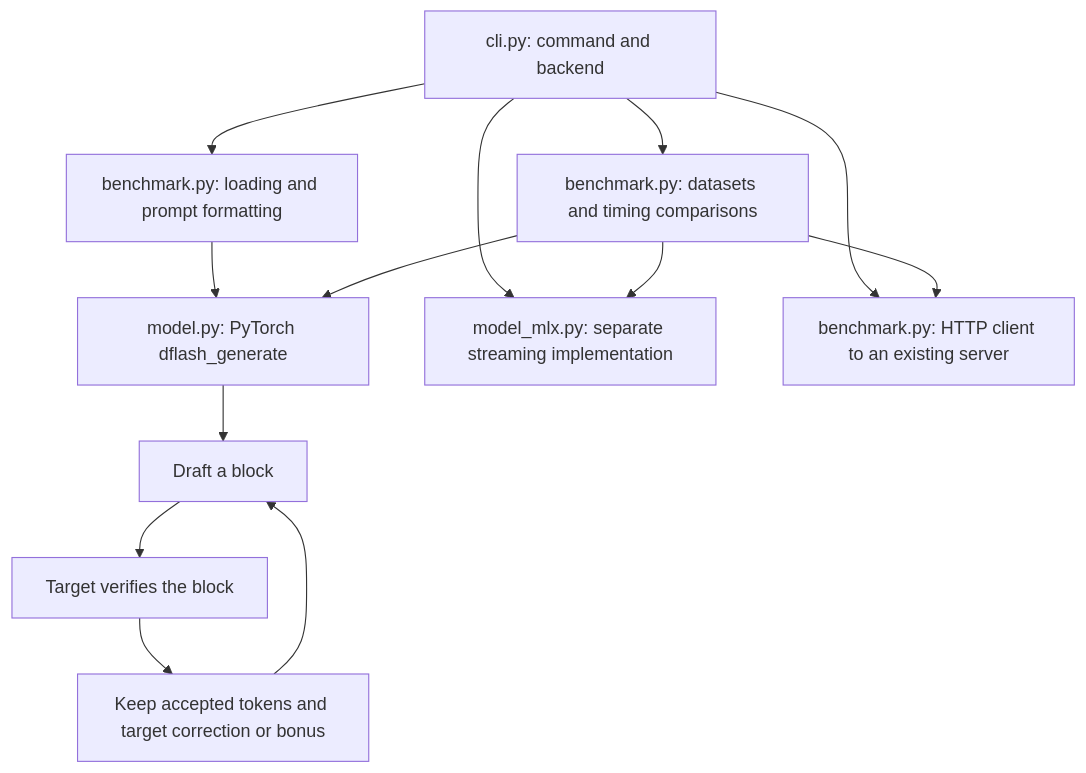
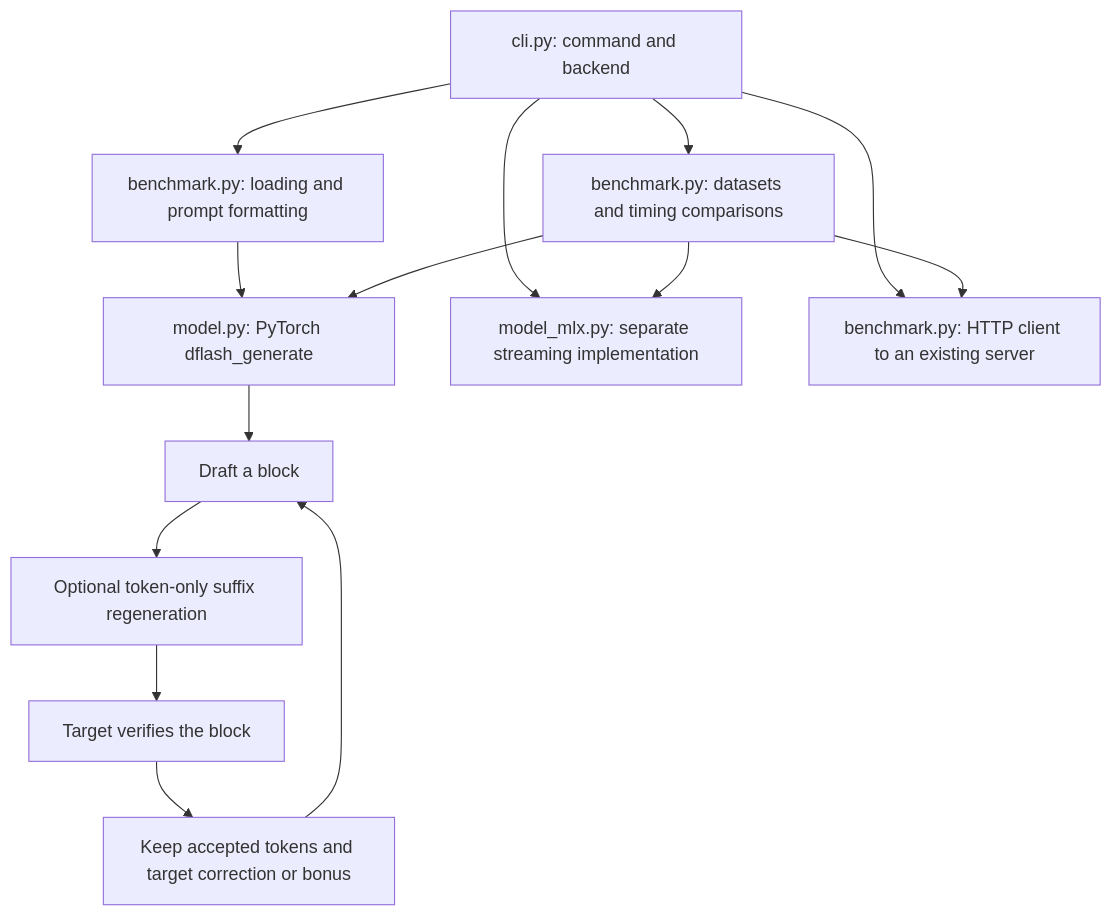
The diagram in docs/CODE_TOURS.md (Spec-decoding-project/Speculative-decoding-project), drawn with Mermaid before and after one commit. The commit also changed other lines of this file and 18 other files, not shown here.

Commit message:
Add token-only autoregressive secondary drafting

````diff
--- a/docs/CODE_TOURS.md
+++ b/docs/CODE_TOURS.md
@@ -28,15 +28,16 @@
 ```mermaid
 flowchart TD
     CLI[cli.py: command and backend] --> Load[benchmark.py: loading and prompt formatting]
     Load --> Gen[model.py: PyTorch dflash_generate]
     Gen --> Draft[Draft a block]
-    Draft --> Verify[Target verifies the block]
+    Draft --> Secondary[Optional token-only suffix regeneration]
+    Secondary --> Verify[Target verifies the block]
     Verify --> Output[Keep accepted tokens and target correction or bonus]
     Output --> Draft
     CLI --> MLX[model_mlx.py: separate streaming implementation]
     CLI --> HTTP[benchmark.py: HTTP client to an existing server]
     CLI --> Bench[benchmark.py: datasets and timing comparisons]
     Bench --> Gen
     Bench --> MLX
     Bench --> HTTP
 ```
````
